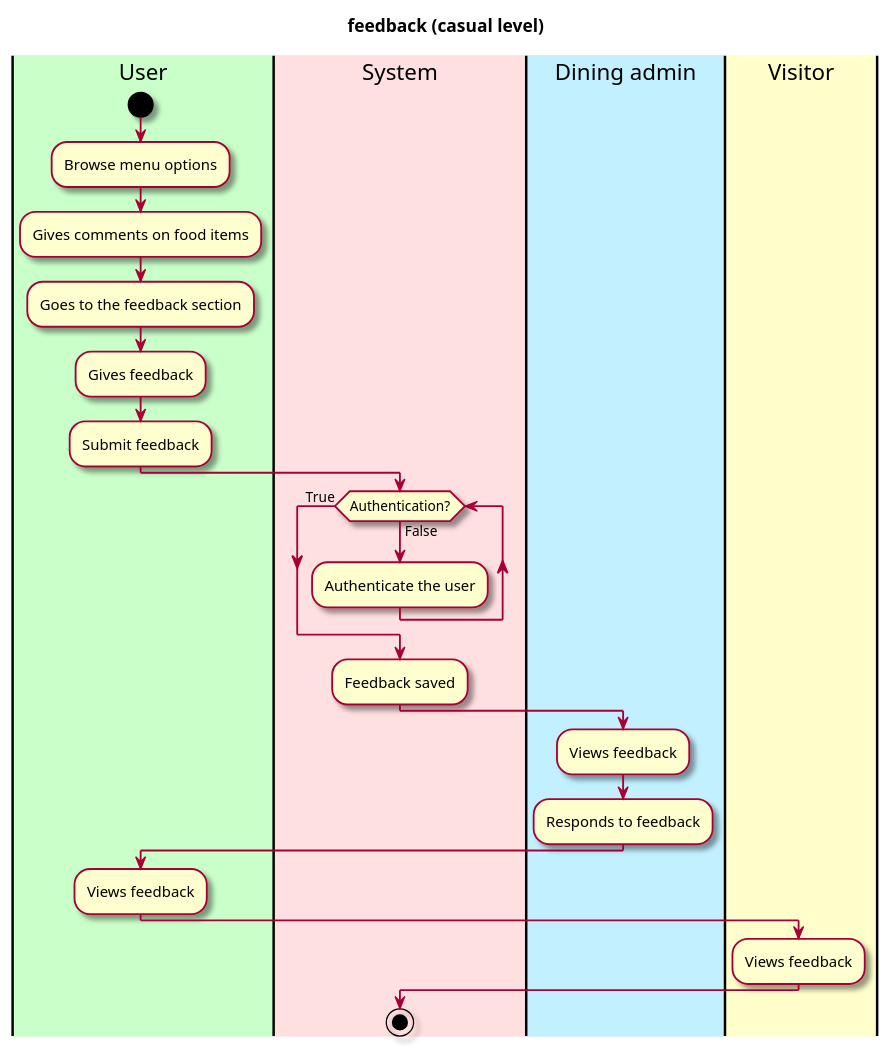
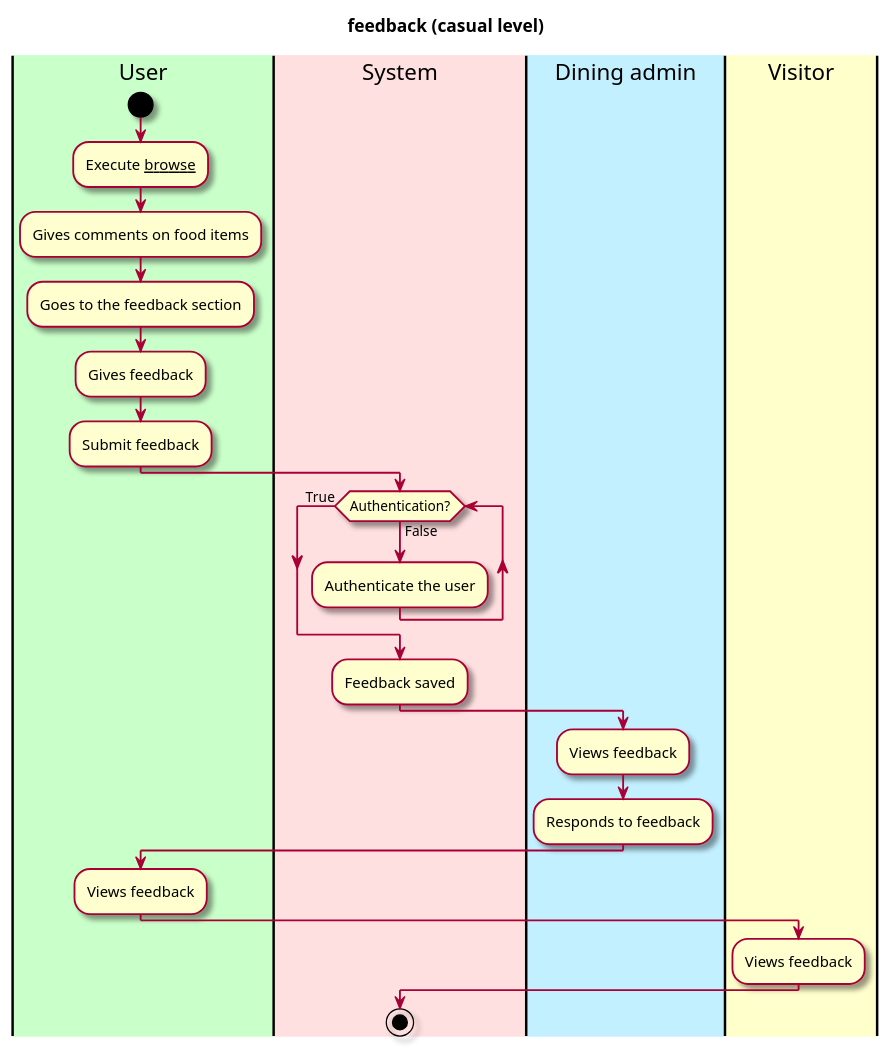
Before and after one commit to EzekielEkanem/team-1d: the diagram in intellij/doc/use-cases/use-case-feedback.md, drawn with PlantUML. The commit also changed 12 other files, not shown here.

````diff
--- a/intellij/doc/use-cases/use-case-feedback.md
+++ b/intellij/doc/use-cases/use-case-feedback.md
@@ -28,48 +28,48 @@
 ```plantuml
 @startuml
 
 skin rose
 
 title feedback (casual level)
 
 'define the lanes
 
 |#technology|User|
 |#implementation|System|
 |#application|Dining admin|
 |#business|Visitor|
 
 
 |User|
 
 start
 
-:Browse menu options;
+:Execute __browse__;
 :Gives comments on food items;
 :Goes to the feedback section;
 :Gives feedback;
 :Submit feedback;
 
 |System|
 
 while (Authentication?) is (False)
   :Authenticate the user;
 endwhile (True)
 :Feedback saved;
     
 |Dining admin|
 
 :Views feedback;
 :Responds to feedback;
 
 |User| 
 :Views feedback;
 
 |Visitor|
 :Views feedback;
 
 |System|
 
 stop
 @enduml
 ```
````
